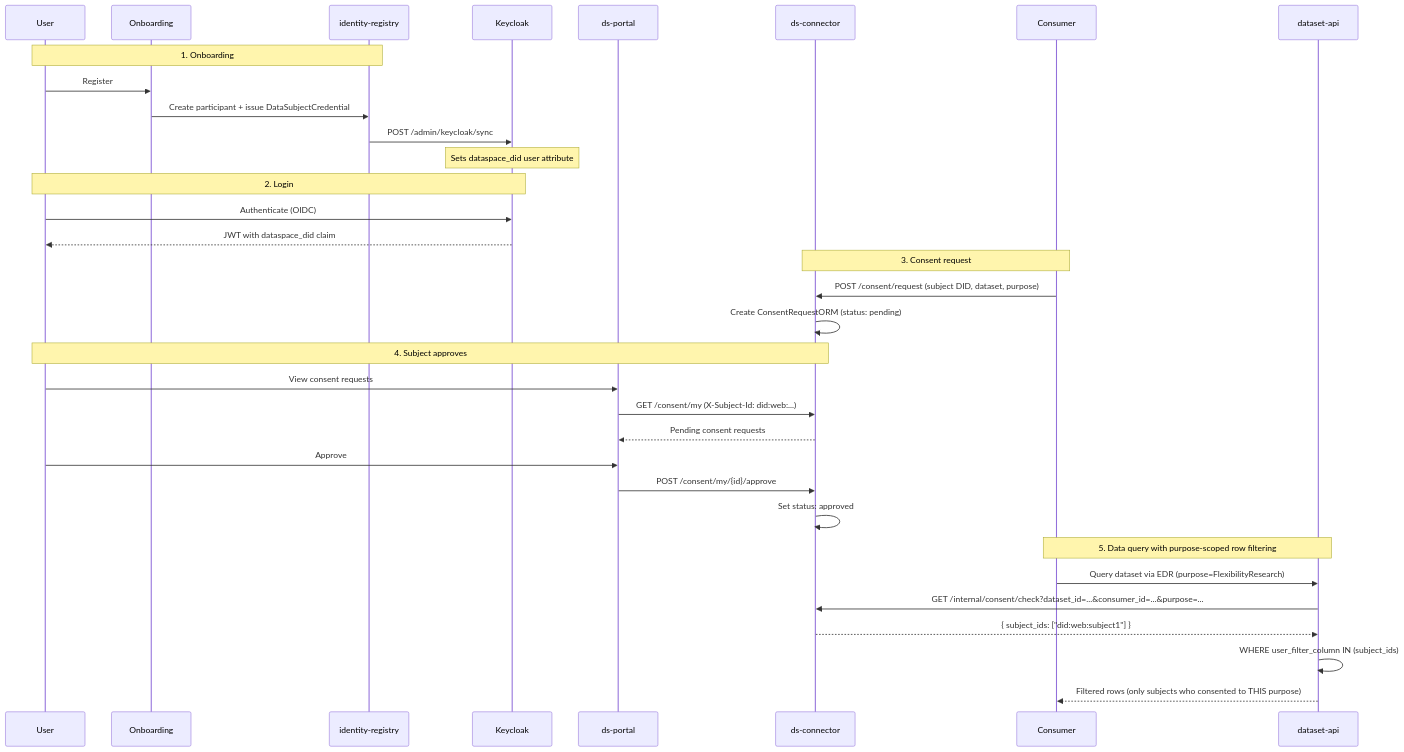
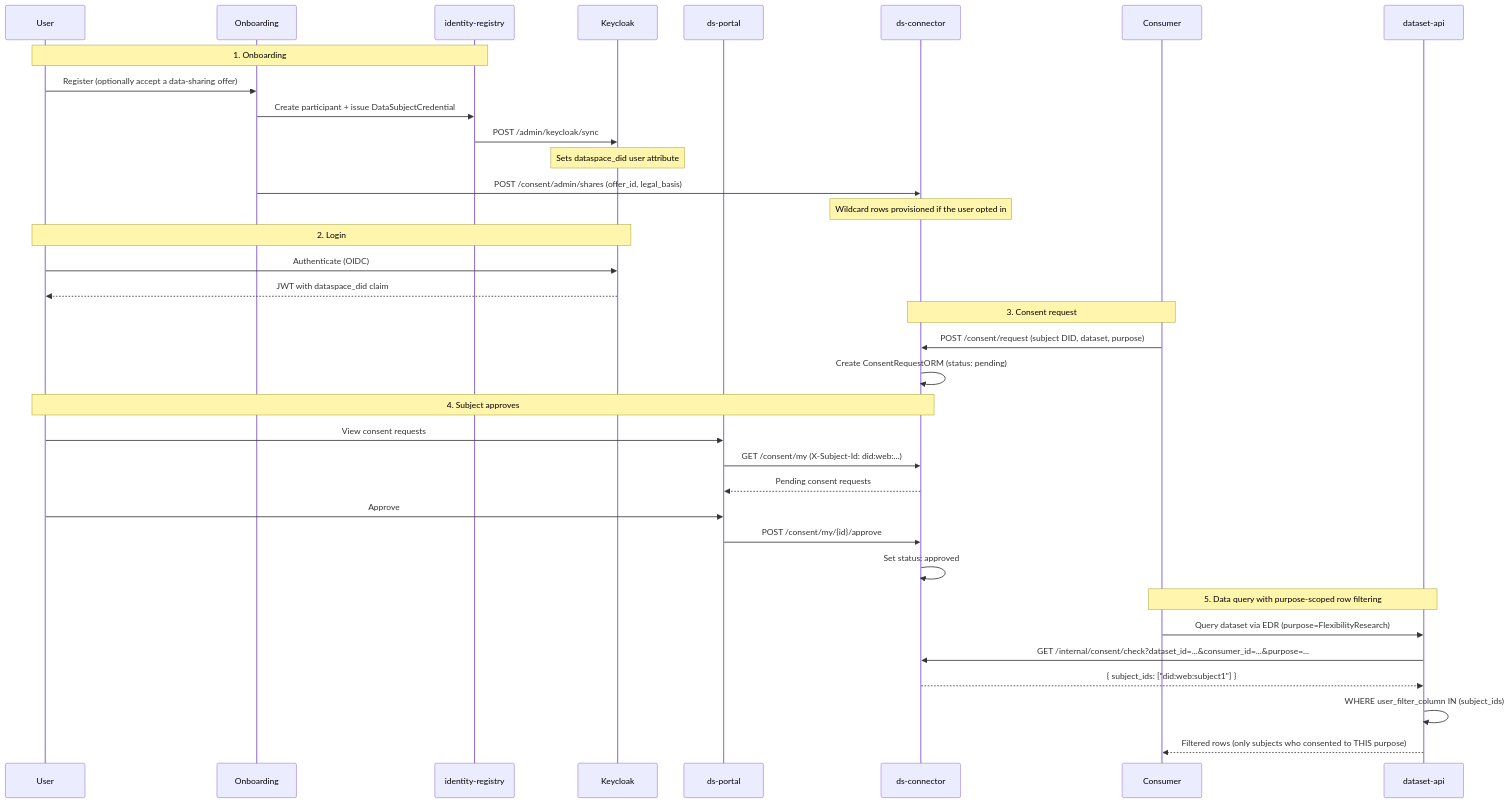
The diagram in docs/consent-and-sovereignty.md (spindoxlabs/ds), drawn with Mermaid before and after one commit. The commit also changed other lines of this file and 14 other files, not shown here.

Commit message:
feat: add legal_basis and onboarding hooks

````diff
--- a/docs/consent-and-sovereignty.md
+++ b/docs/consent-and-sovereignty.md
@@ -454,40 +471,42 @@
 ```mermaid
 sequenceDiagram
     participant User
     participant Onboarding
     participant IR as identity-registry
     participant KC as Keycloak
     participant Portal as ds-portal
     participant Conn as ds-connector
     participant Consumer
     participant DA as dataset-api
 
     Note over User,IR: 1. Onboarding
-    User->>Onboarding: Register
+    User->>Onboarding: Register (optionally accept a data-sharing offer)
     Onboarding->>IR: Create participant + issue DataSubjectCredential
     IR->>KC: POST /admin/keycloak/sync
     Note over KC: Sets dataspace_did user attribute
+    Onboarding->>Conn: POST /consent/admin/shares (offer_id, legal_basis)
+    Note over Conn: Wildcard rows provisioned if the user opted in
 
     Note over User,KC: 2. Login
     User->>KC: Authenticate (OIDC)
     KC-->>User: JWT with dataspace_did claim
 
     Note over Consumer,Conn: 3. Consent request
     Consumer->>Conn: POST /consent/request (subject DID, dataset, purpose)
     Conn->>Conn: Create ConsentRequestORM (status: pending)
 
     Note over User,Conn: 4. Subject approves
     User->>Portal: View consent requests
     Portal->>Conn: GET /consent/my (X-Subject-Id: did:web:...)
     Conn-->>Portal: Pending consent requests
     User->>Portal: Approve
     Portal->>Conn: POST /consent/my/{id}/approve
     Conn->>Conn: Set status: approved
 
     Note over Consumer,DA: 5. Data query with purpose-scoped row filtering
     Consumer->>DA: Query dataset via EDR (purpose=FlexibilityResearch)
     DA->>Conn: GET /internal/consent/check?dataset_id=...&consumer_id=...&purpose=...
     Conn-->>DA: { subject_ids: ["did:web:subject1"] }
     DA->>DA: WHERE user_filter_column IN (subject_ids)
     DA-->>Consumer: Filtered rows (only subjects who consented to THIS purpose)
 ```
````
